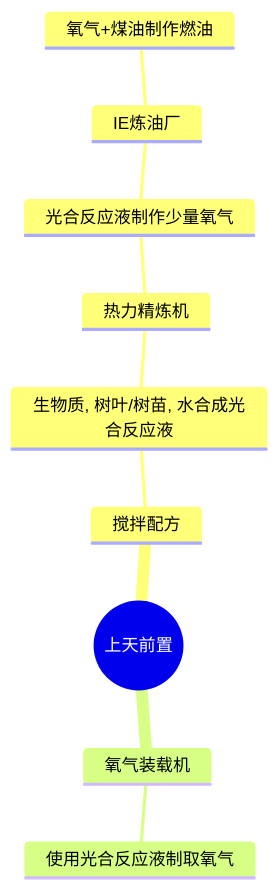
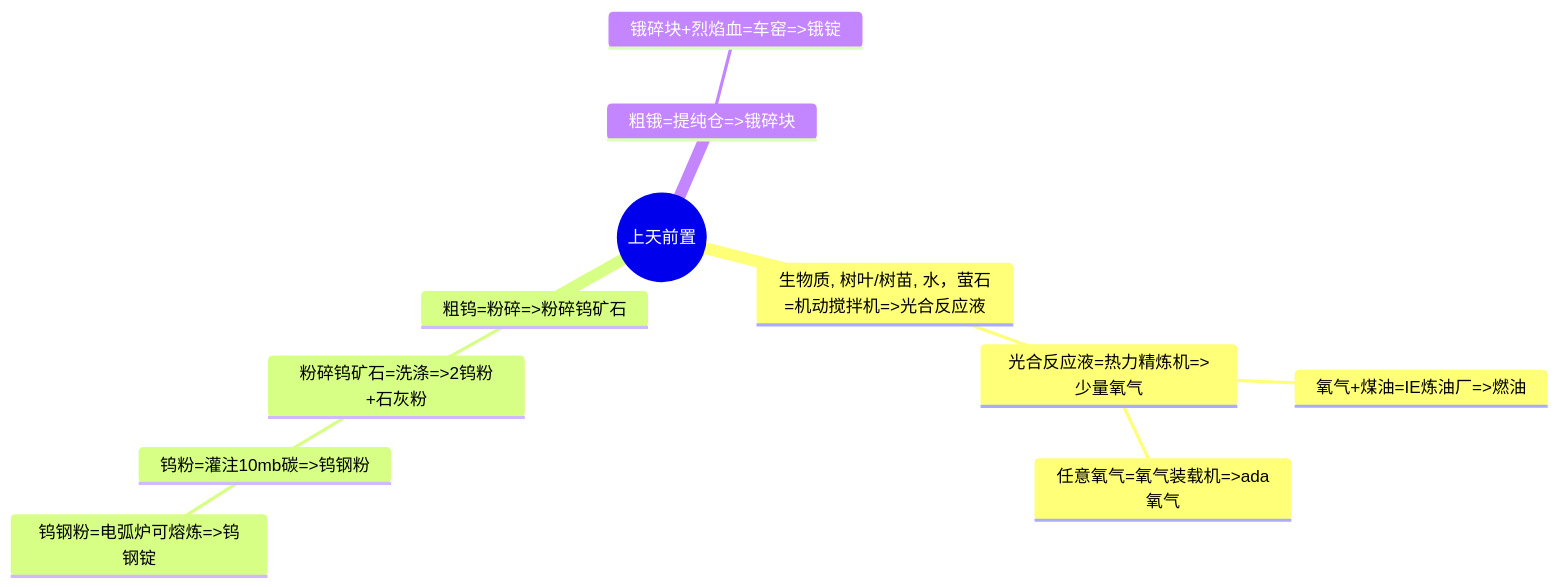
Before and after one commit to VechniMetel/CodeNameCIM2: the first of 5 diagrams in Developer/TechTreeMap.md, drawn with Mermaid. The commit also changed other lines of this file and 22 other files, not shown here.

````diff
--- a/Developer/TechTreeMap.md
+++ b/Developer/TechTreeMap.md
@@ -2,12 +2,14 @@
 ``` mermaid
 mindmap
     root((上天前置))
-        搅拌配方
-            生物质, 树叶/树苗, 水合成光合反应液
-                热力精炼机
-                    光合反应液制作少量氧气
-                        IE炼油厂
-                            氧气+煤油制作燃油
-        氧气装载机
-            使用光合反应液制取氧气
+        生物质, 树叶/树苗, 水，萤石=机动搅拌机=>光合反应液
+            光合反应液=热力精炼机=>少量氧气
+                氧气+煤油=IE炼油厂=>燃油
+                任意氧气=氧气装载机=>ada氧气
+        粗钨=粉碎=>粉碎钨矿石
+            粉碎钨矿石=洗涤=>2钨粉+石灰粉
+                钨粉=灌注10mb碳=>钨钢粉
+                    钨钢粉=电弧炉可熔炼=>钨钢锭
+        粗锇=提纯仓=>锇碎块
+            锇碎块+烈焰血=车窑=>锇锭
 ```
````
